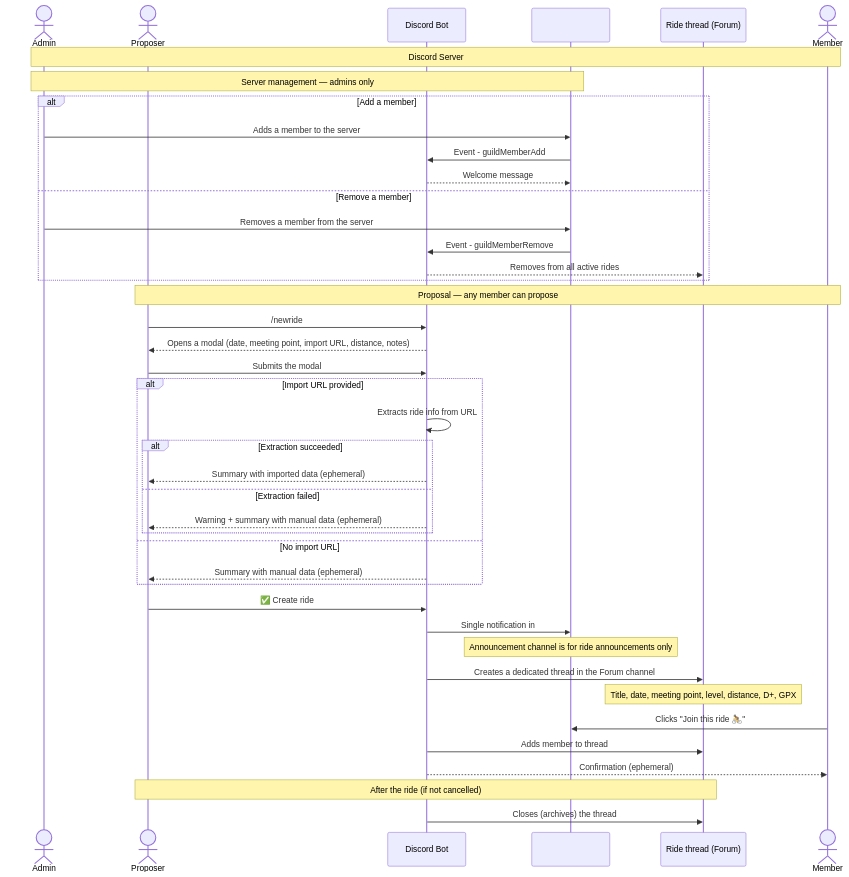
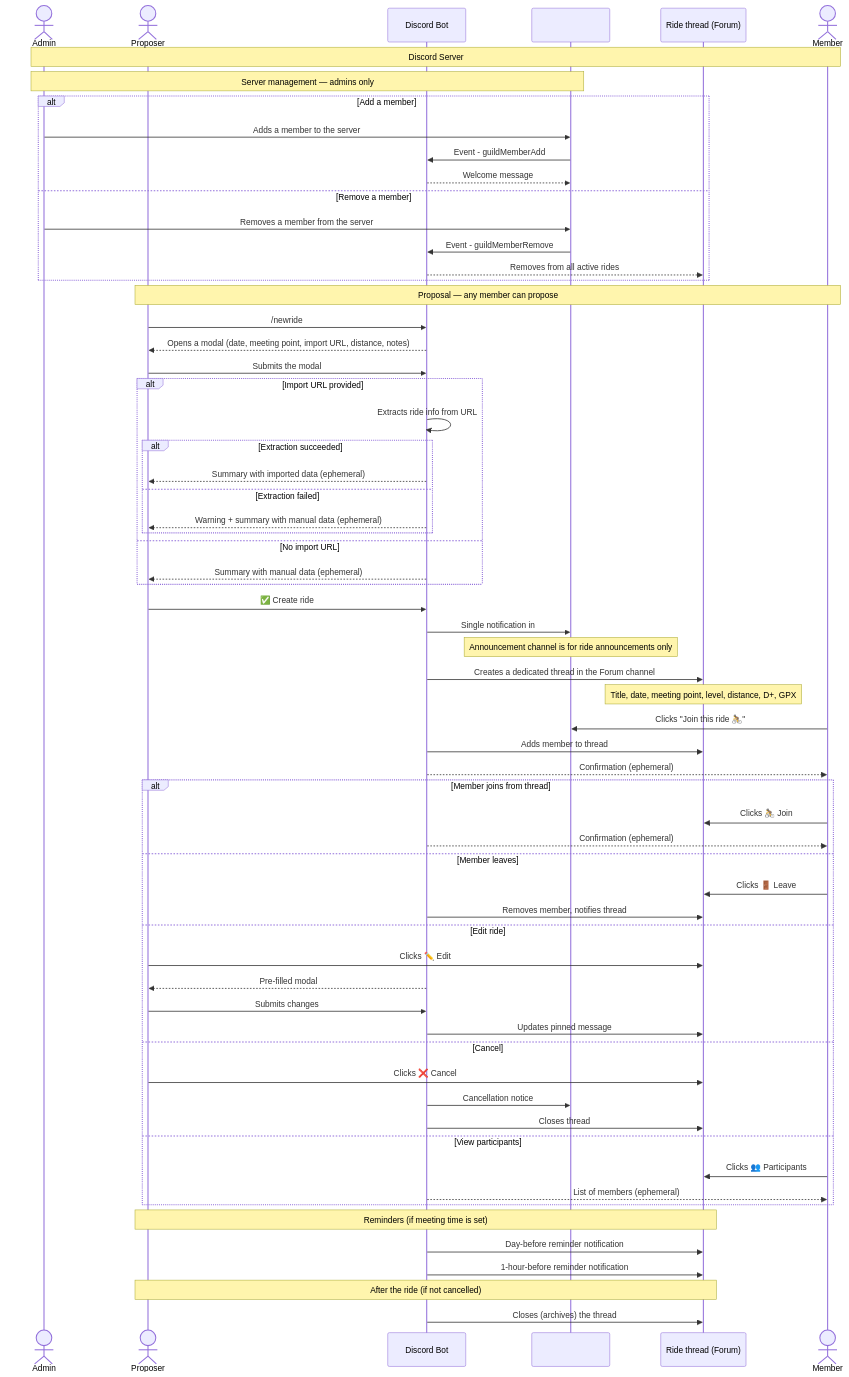
One commit to Slashgear/group-ride changed the diagram in README.md. Above: the diagram before and after it, drawn with Mermaid. The commit also changed other lines of this file and 24 other files, not shown here.

First line of the commit message:
Add participants list, reminders, stats fields, and migrate discord.js deprecated APIs

````diff
--- a/README.md
+++ b/README.md
@@ -86,54 +86,78 @@
 ```mermaid
 sequenceDiagram
     actor Admin
     actor Proposer
     participant Bot as Discord Bot
     participant Channel as #announcements
     participant Ride as Ride thread (Forum)
     actor Member
 
     Note over Admin,Member: Discord Server
 
     Note over Admin,Channel: Server management — admins only
 
     alt Add a member
         Admin->>Channel: Adds a member to the server
         Channel->>Bot: Event - guildMemberAdd
         Bot-->>Channel: Welcome message
     else Remove a member
         Admin->>Channel: Removes a member from the server
         Channel->>Bot: Event - guildMemberRemove
         Bot-->>Ride: Removes from all active rides
     end
 
     Note over Proposer,Member: Proposal — any member can propose
 
     Proposer->>Bot: /newride
     Bot-->>Proposer: Opens a modal (date, meeting point, import URL, distance, notes)
     Proposer->>Bot: Submits the modal
 
     alt Import URL provided
         Bot->>Bot: Extracts ride info from URL
         alt Extraction succeeded
             Bot-->>Proposer: Summary with imported data (ephemeral)
         else Extraction failed
             Bot-->>Proposer: Warning + summary with manual data (ephemeral)
         end
     else No import URL
         Bot-->>Proposer: Summary with manual data (ephemeral)
     end
 
     Proposer->>Bot: ✅ Create ride
     Bot->>Channel: Single notification in #announcements
     Note over Channel: Announcement channel is for ride announcements only
 
     Bot->>Ride: Creates a dedicated thread in the Forum channel
     Note over Ride: Title, date, meeting point, level, distance, D+, GPX
 
     Member->>Channel: Clicks "Join this ride 🚴"
     Bot->>Ride: Adds member to thread
     Bot-->>Member: Confirmation (ephemeral)
 
+    alt Member joins from thread
+        Member->>Ride: Clicks 🚴 Join
+        Bot-->>Member: Confirmation (ephemeral)
+    else Member leaves
+        Member->>Ride: Clicks 🚪 Leave
+        Bot->>Ride: Removes member, notifies thread
+    else Edit ride
+        Proposer->>Ride: Clicks ✏️ Edit
+        Bot-->>Proposer: Pre-filled modal
+        Proposer->>Bot: Submits changes
+        Bot->>Ride: Updates pinned message
+    else Cancel
+        Proposer->>Ride: Clicks ❌ Cancel
+        Bot->>Channel: Cancellation notice
+        Bot->>Ride: Closes thread
+    else View participants
+        Member->>Ride: Clicks 👥 Participants
+        Bot-->>Member: List of members (ephemeral)
+    end
+
+    Note over Proposer,Ride: Reminders (if meeting time is set)
+    Bot->>Ride: Day-before reminder notification
+    Bot->>Ride: 1-hour-before reminder notification
+
     Note over Proposer,Ride: After the ride (if not cancelled)
     Bot->>Ride: Closes (archives) the thread
 ```
````
